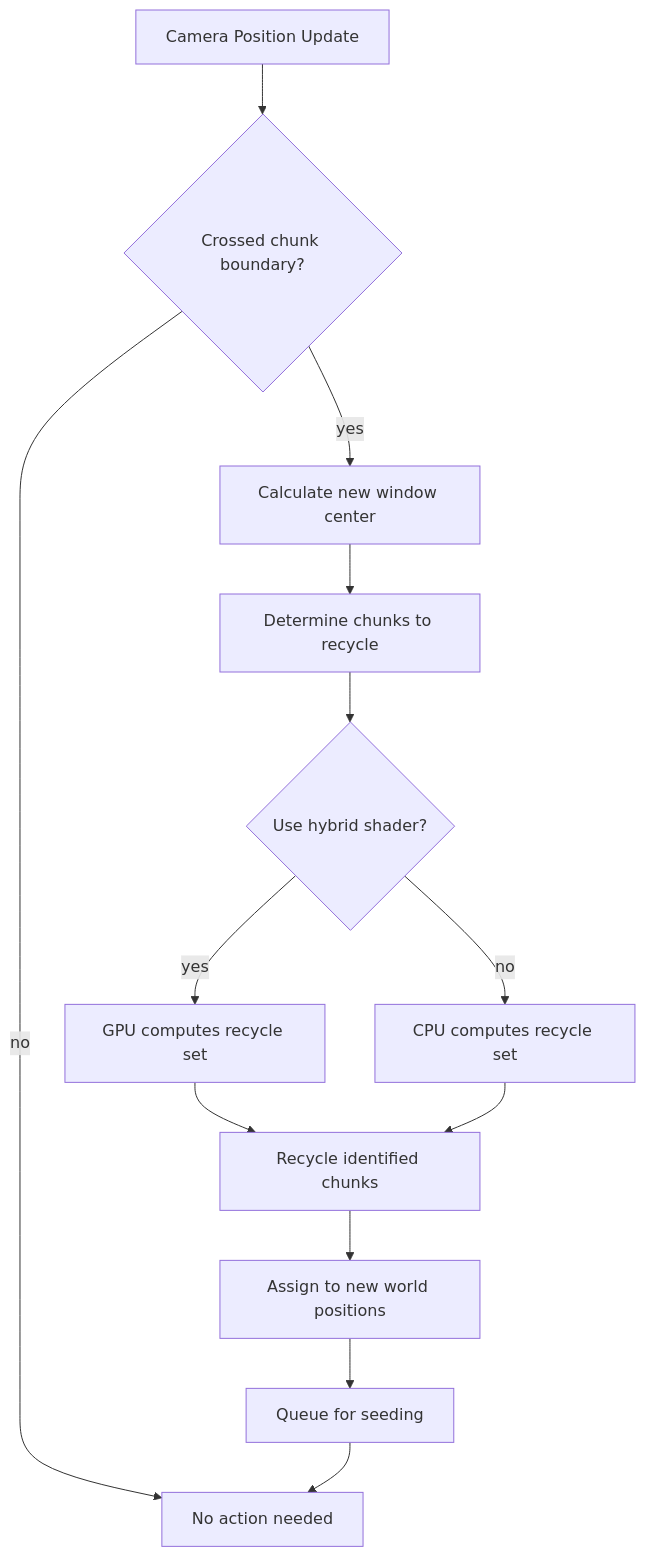
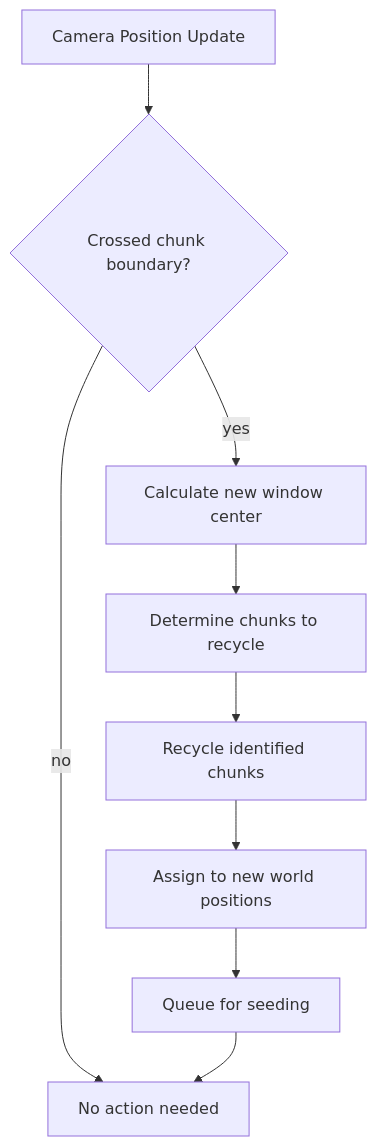
The first of 3 diagrams in docs/arhitecture/streaming-window.md (api-haus/bevy_pixel_world), drawn with Mermaid before and after one commit. The commit also changed other lines of this file and 22 other files, not shown here.

````diff
--- a/docs/arhitecture/streaming-window.md
+++ b/docs/arhitecture/streaming-window.md
@@ -21,15 +27,11 @@
 ```mermaid
 flowchart TB
     Start[Camera Position Update] --> Check{Crossed chunk boundary?}
-    Check -->|"no"| End[No action needed]
-    Check -->|"yes"| Calc[Calculate new window center]
+    Check -->|" no "| End[No action needed]
+    Check -->|" yes "| Calc[Calculate new window center]
     Calc --> Diff[Determine chunks to recycle]
-    Diff --> Hybrid{Use hybrid shader?}
-    Hybrid -->|"yes"| GPU[GPU computes recycle set]
-    Hybrid -->|"no"| CPU[CPU computes recycle set]
-    GPU --> Recycle[Recycle identified chunks]
-    CPU --> Recycle
+    Diff --> Recycle[Recycle identified chunks]
     Recycle --> Assign[Assign to new world positions]
     Assign --> Seed[Queue for seeding]
     Seed --> End
 ```
````
